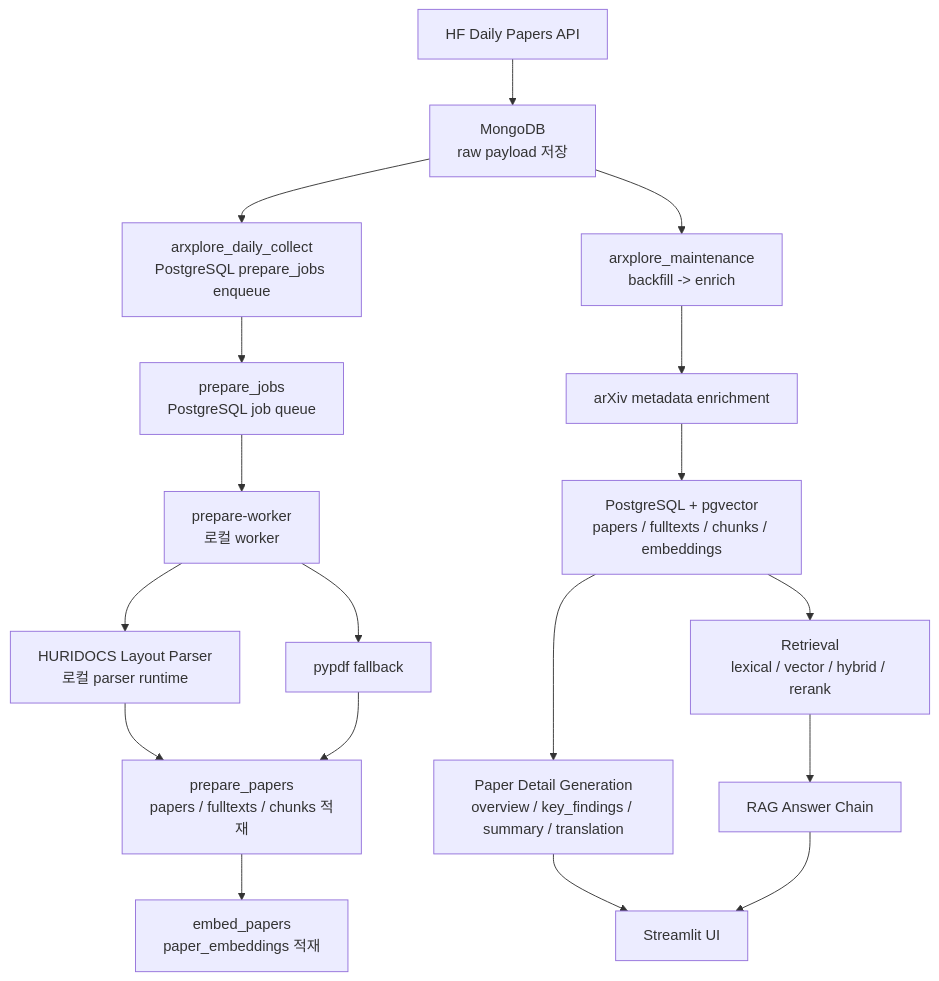
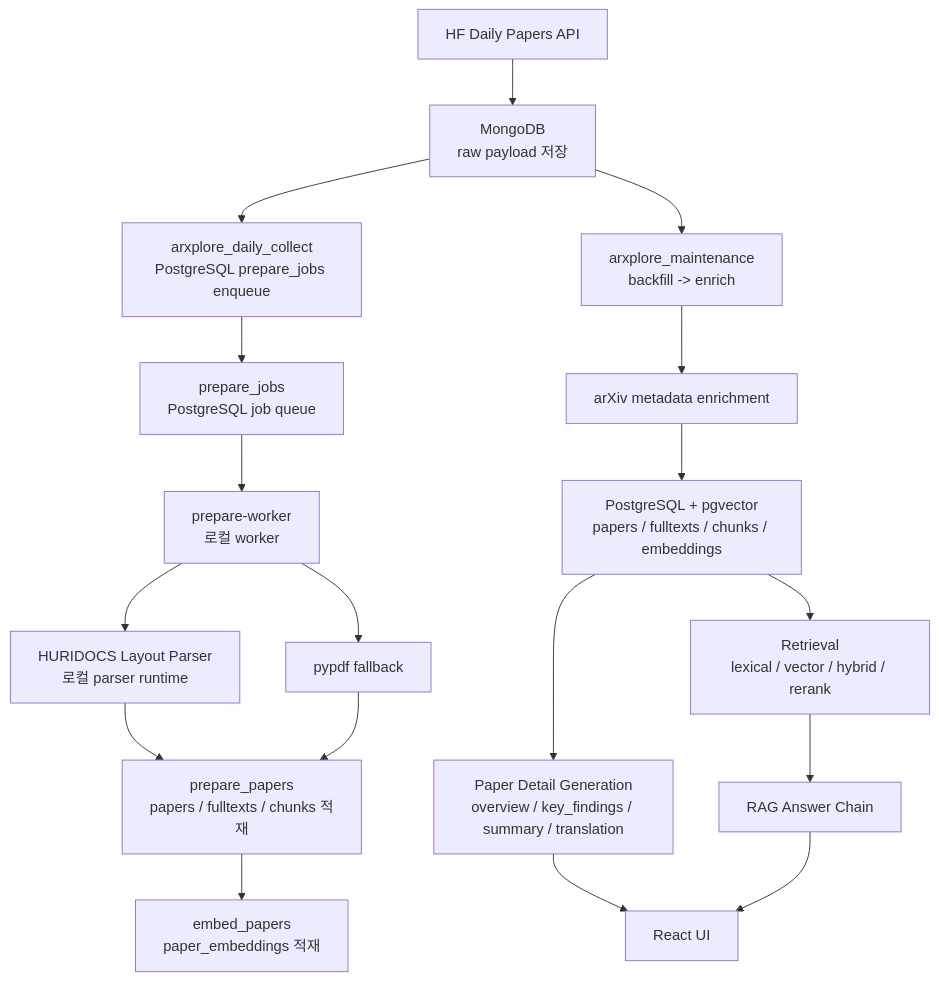
Before and after one commit to SKNETWORKS-FAMILY-AICAMP/SKN25-4th-2Team: the first of 2 diagrams in docs/architecture/ARCHITECTURE.md, drawn with Mermaid. The commit also changed other lines of this file and 102 other files, not shown here.

````diff
--- a/docs/architecture/ARCHITECTURE.md
+++ b/docs/architecture/ARCHITECTURE.md
@@ -13,20 +13,20 @@
 ```mermaid
 flowchart TD
     A[HF Daily Papers API] --> B[MongoDB<br/>raw payload 저장]
     B --> C[arxplore_daily_collect<br/>PostgreSQL prepare_jobs enqueue]
     C --> D[prepare_jobs<br/>PostgreSQL job queue]
     D --> E[prepare-worker<br/>로컬 worker]
     E --> F[HURIDOCS Layout Parser<br/>로컬 parser runtime]
     E --> G[pypdf fallback]
     F --> H[prepare_papers<br/>papers / fulltexts / chunks 적재]
     G --> H
     H --> I[embed_papers<br/>paper_embeddings 적재]
     B --> J[arxplore_maintenance<br/>backfill -> enrich]
     J --> K[arXiv metadata enrichment]
     K --> L[PostgreSQL + pgvector<br/>papers / fulltexts / chunks / embeddings]
     L --> M[Retrieval<br/>lexical / vector / hybrid / rerank]
     L --> N[Paper Detail Generation<br/>overview / key_findings / summary / translation]
     M --> O[RAG Answer Chain]
-    N --> P[Streamlit UI]
+    N --> P[React UI]
     O --> P
 ```
````
